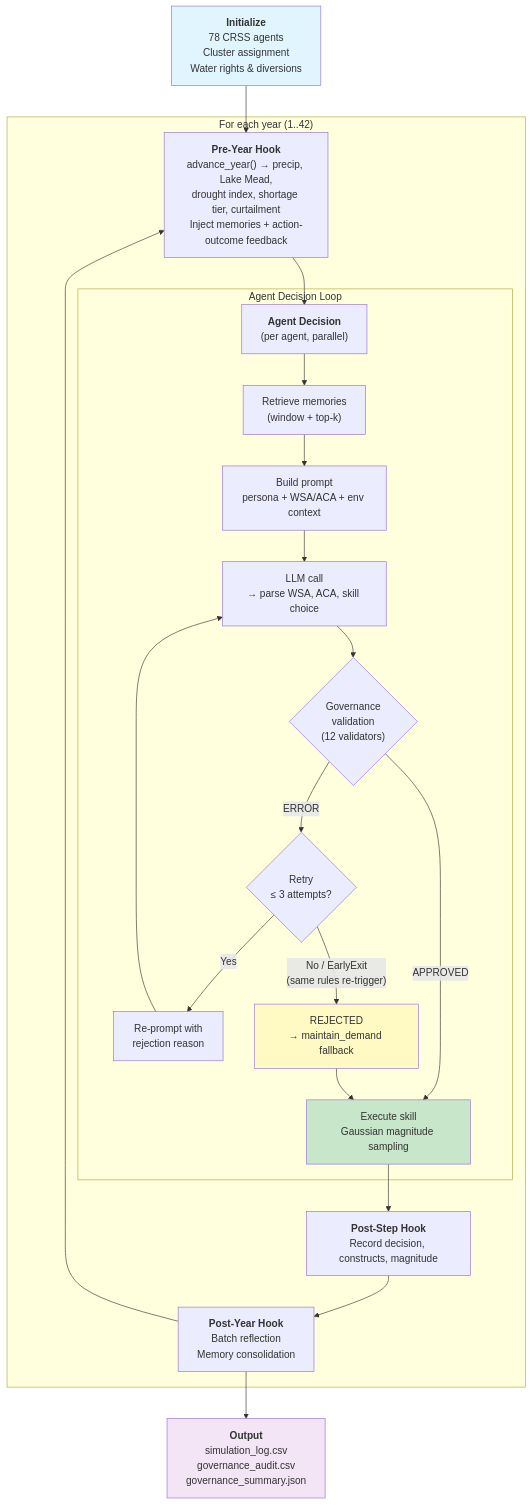
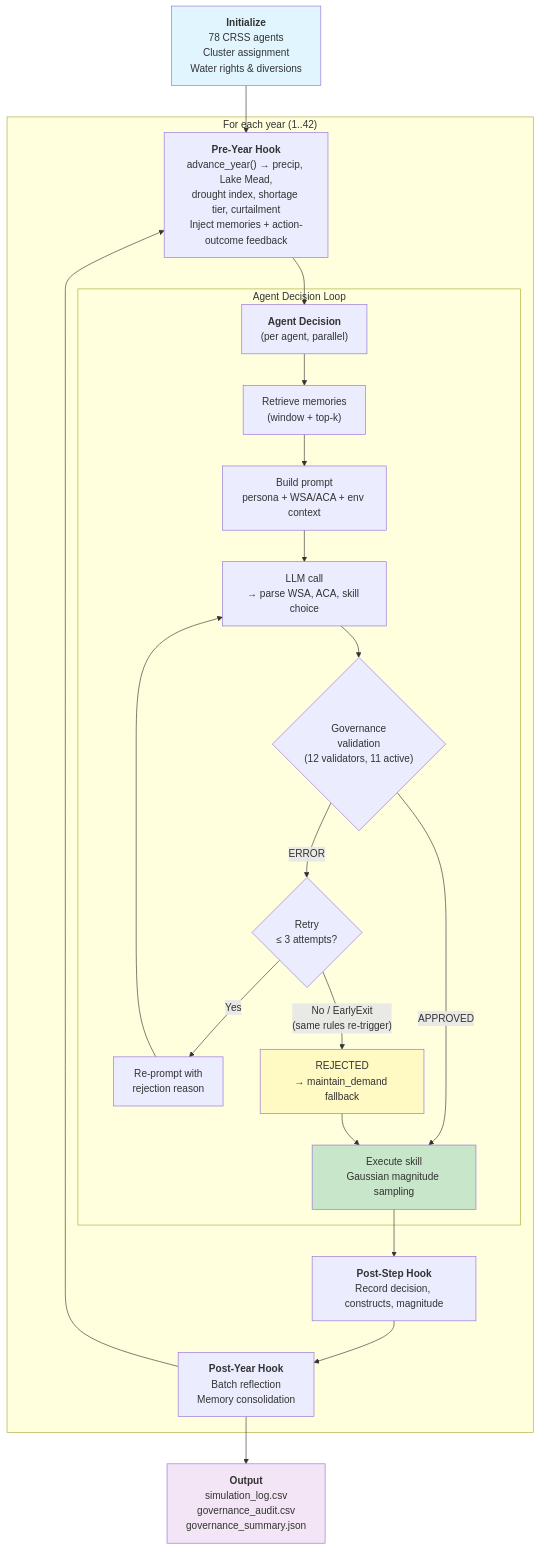
One commit to WenyuChiou/WAGF changed the diagram in examples/irrigation_abm/README.md. Above: the diagram before and after it, drawn with Mermaid. The commit also changed other lines of this file and 4 other files, not shown here.

````diff
--- a/examples/irrigation_abm/README.md
+++ b/examples/irrigation_abm/README.md
@@ -104,34 +104,34 @@
 ```mermaid
 flowchart TD
     A["<b>Initialize</b><br/>78 CRSS agents<br/>Cluster assignment<br/>Water rights & diversions"] --> B
 
     subgraph YEAR ["For each year (1..42)"]
         B["<b>Pre-Year Hook</b><br/>advance_year() → precip, Lake Mead,<br/>drought index, shortage tier, curtailment<br/>Inject memories + action-outcome feedback"]
 
         B --> C["<b>Agent Decision</b><br/>(per agent, parallel)"]
 
         subgraph AGENT ["Agent Decision Loop"]
             C --> D["Retrieve memories<br/>(window + top-k)"]
             D --> E["Build prompt<br/>persona + WSA/ACA + env context"]
             E --> F["LLM call<br/>→ parse WSA, ACA, skill choice"]
-            F --> G{"Governance<br/>validation<br/>(12 validators)"}
+            F --> G{"Governance<br/>validation<br/>(12 validators, 11 active)"}
             G -->|APPROVED| H["Execute skill<br/>Gaussian magnitude sampling"]
             G -->|ERROR| I{"Retry<br/>≤ 3 attempts?"}
             I -->|Yes| J["Re-prompt with<br/>rejection reason"]
             J --> F
             I -->|"No / EarlyExit<br/>(same rules re-trigger)"| K["REJECTED<br/>→ maintain_demand fallback"]
             K --> H
         end
 
         H --> L["<b>Post-Step Hook</b><br/>Record decision, constructs, magnitude"]
         L --> M["<b>Post-Year Hook</b><br/>Batch reflection<br/>Memory consolidation"]
         M --> B
     end
 
     M --> N["<b>Output</b><br/>simulation_log.csv<br/>governance_audit.csv<br/>governance_summary.json"]
 
     style A fill:#e1f5fe
     style H fill:#c8e6c9
     style K fill:#fff9c4
     style N fill:#f3e5f5
 ```
````
